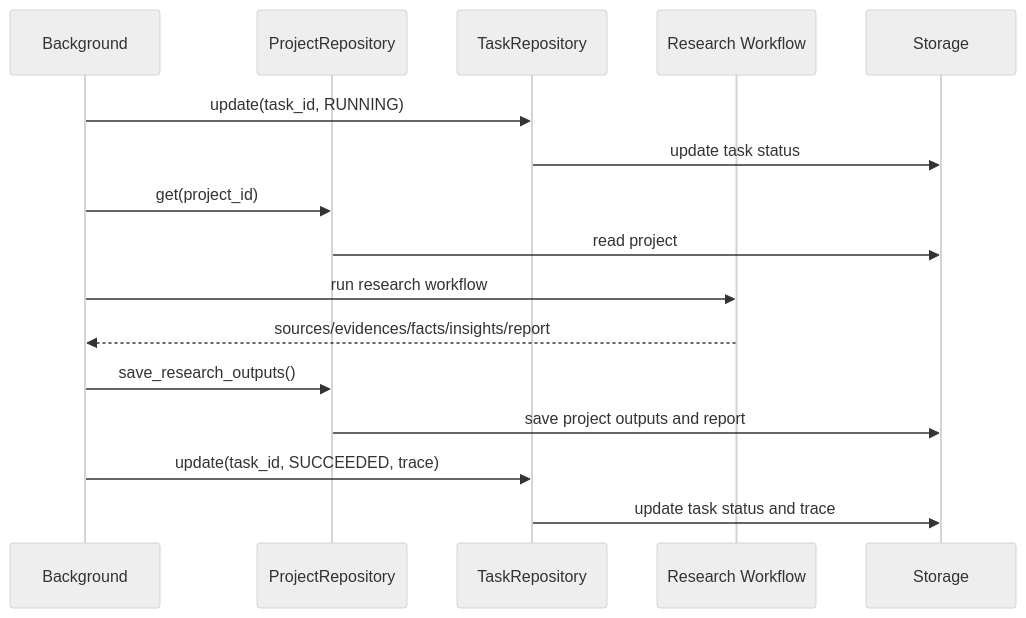
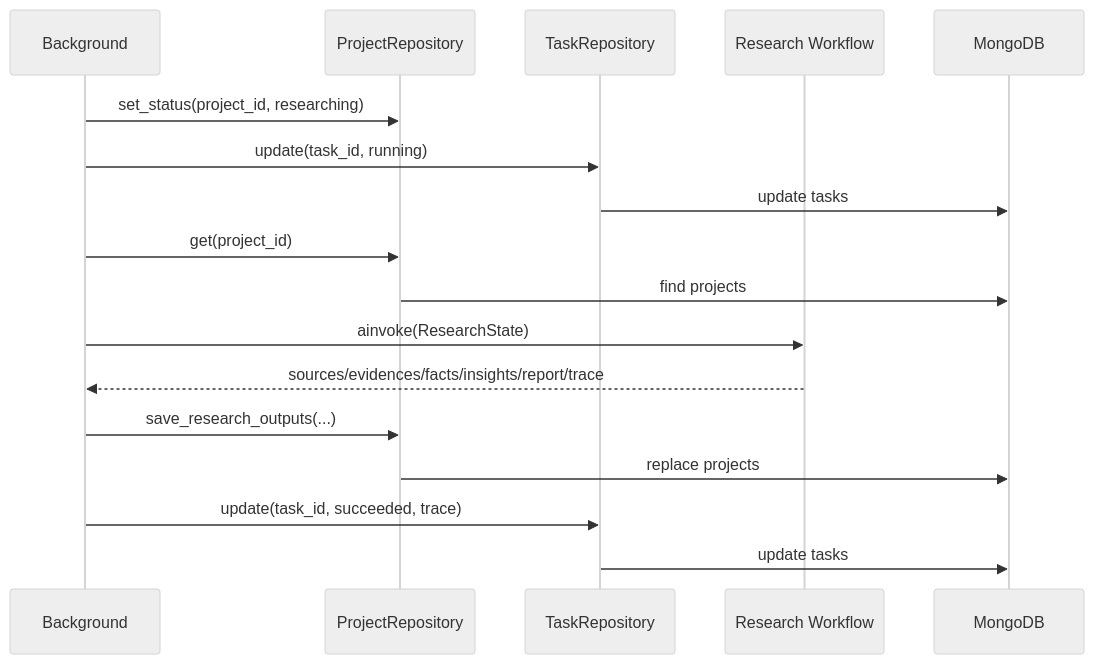
The third of 3 diagrams in docs/05-MongoDB存储实现方案.md (boc9489-byte/deep-search_study), drawn with Mermaid (neutral theme) before and after one commit. The commit also changed other lines of this file and 17 other files, not shown here.

````diff
--- a/docs/05-MongoDB存储实现方案.md
+++ b/docs/05-MongoDB存储实现方案.md
@@ -205,19 +262,20 @@
 ```mermaid
 sequenceDiagram
     participant B as Background
     participant P as ProjectRepository
     participant T as TaskRepository
     participant W as Research Workflow
-    participant S as Storage
+    participant M as MongoDB
 
-    B->>T: update(task_id, RUNNING)
-    T->>S: update task status
+    B->>P: set_status(project_id, researching)
+    B->>T: update(task_id, running)
+    T->>M: update tasks
     B->>P: get(project_id)
-    P->>S: read project
-    B->>W: run research workflow
-    W-->>B: sources/evidences/facts/insights/report
-    B->>P: save_research_outputs()
-    P->>S: save project outputs and report
-    B->>T: update(task_id, SUCCEEDED, trace)
-    T->>S: update task status and trace
+    P->>M: find projects
+    B->>W: ainvoke(ResearchState)
+    W-->>B: sources/evidences/facts/insights/report/trace
+    B->>P: save_research_outputs(...)
+    P->>M: replace projects
+    B->>T: update(task_id, succeeded, trace)
+    T->>M: update tasks
 ```
````
